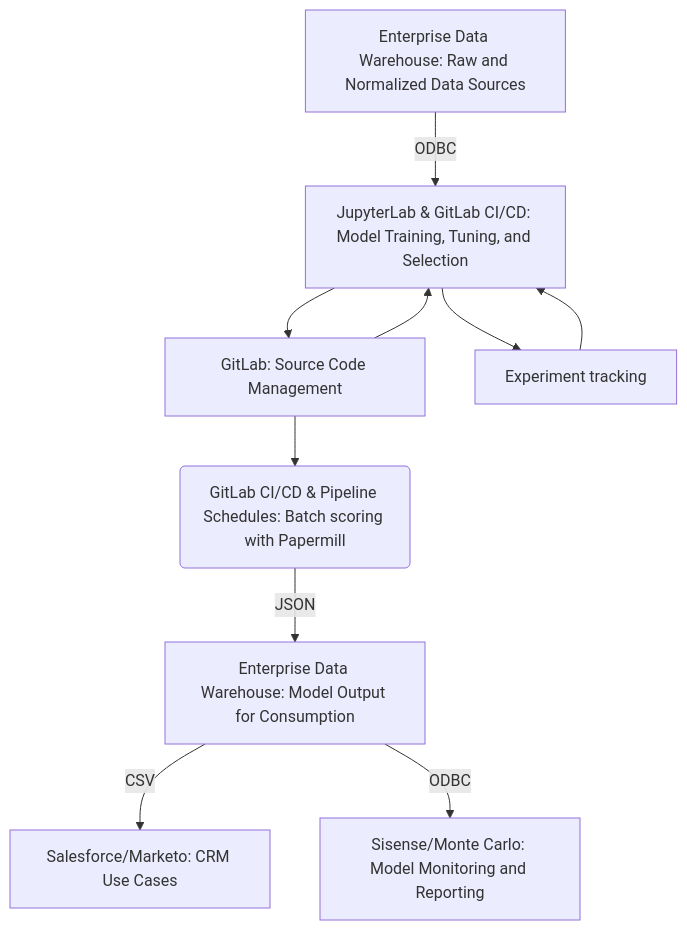
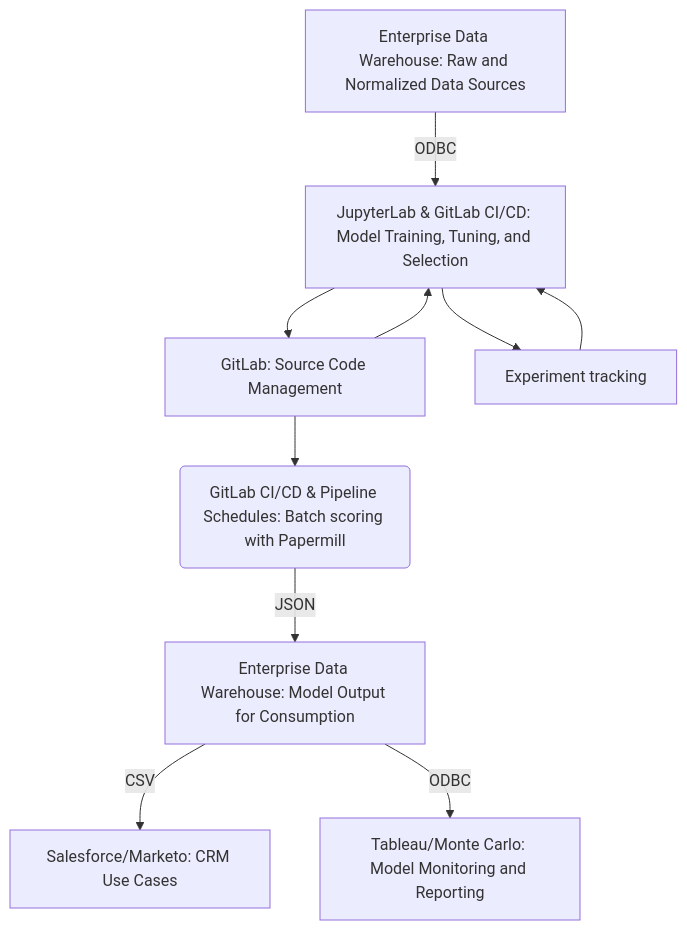
Before and after one commit to secretstartups/handbook: the second of 2 diagrams in content/handbook/business-technology/data-team/organization/data-science/_index.md, drawn with Mermaid. The commit also changed other lines of this file and 26 other files, not shown here.

Commit message:
Update BT and data team Public Handbook Pages that have a hyperlink to a Sisense chart

````diff
--- a/content/handbook/business-technology/data-team/organization/data-science/_index.md
+++ b/content/handbook/business-technology/data-team/organization/data-science/_index.md
@@ -262,20 +264,20 @@
 ```mermaid
 graph 
     A[Enterprise Data Warehouse: Raw and Normalized Data Sources]
     B[JupyterLab & GitLab CI/CD: Model Training, Tuning, and Selection]
     C(GitLab CI/CD & Pipeline Schedules: Batch scoring with Papermill)
     F[Enterprise Data Warehouse: Model Output for Consumption]
     D[Salesforce/Marketo: CRM Use Cases]
-    E[Sisense/Monte Carlo: Model Monitoring and Reporting]
+    E[Tableau/Monte Carlo: Model Monitoring and Reporting]
     G[GitLab: Source Code Management]
     H[Experiment tracking]
     A --> |ODBC| B
     B --> H
     H --> B
     B --> G
     G --> B
     G --> C
     C --> |JSON| F
     F --> |CSV| D
     F --> |ODBC| E
 ```
````
